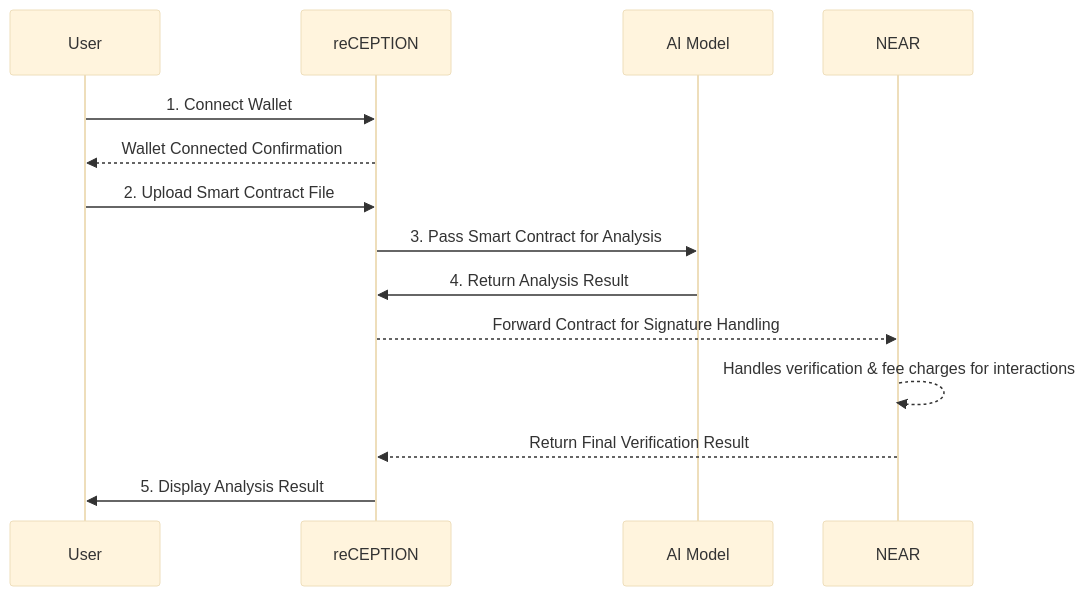
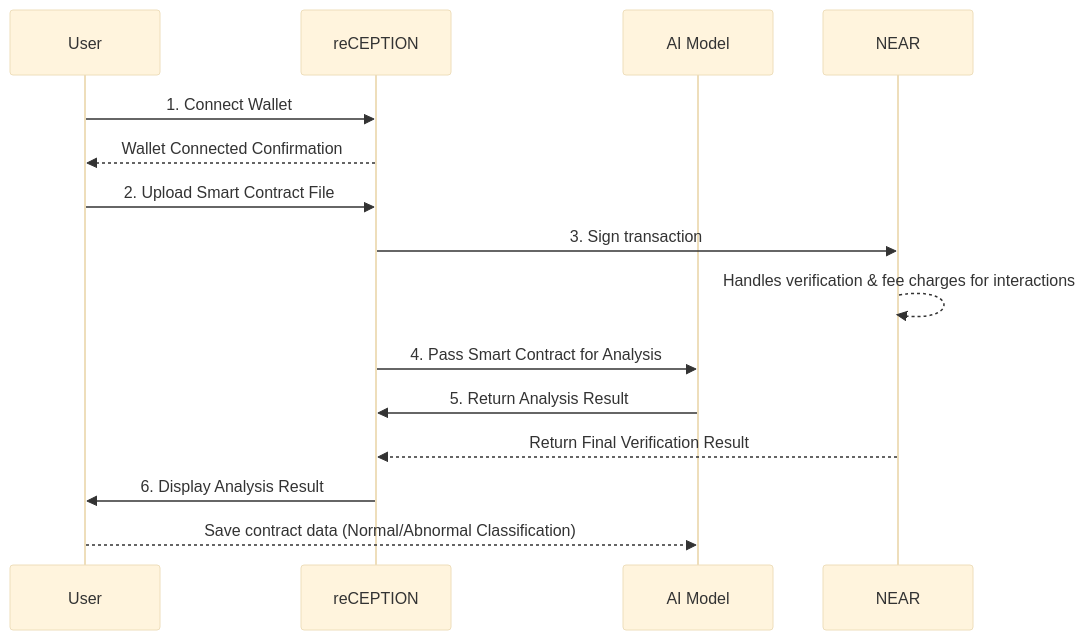
Before and after one commit to Julius-Ky/reCeption: the second of 3 diagrams in README.md, drawn with Mermaid (base theme).

````diff
--- a/README.md
+++ b/README.md
@@ -98,17 +98,18 @@
 ```mermaid
 sequenceDiagram
 participant User
 participant reCEPTION
 participant AI as AI Model
 participant NEAR
 
 User ->> reCEPTION: 1. Connect Wallet
 reCEPTION -->> User: Wallet Connected Confirmation
 User ->> reCEPTION: 2. Upload Smart Contract File
-reCEPTION ->> AI: 3. Pass Smart Contract for Analysis
-AI ->> reCEPTION: 4. Return Analysis Result
-reCEPTION -->> NEAR: Forward Contract for Signature Handling
+reCEPTION ->> NEAR: 3. Sign transaction
 NEAR -->> NEAR: Handles verification & fee charges for interactions
+reCEPTION ->> AI: 4. Pass Smart Contract for Analysis
+AI ->> reCEPTION: 5. Return Analysis Result
 NEAR -->> reCEPTION: Return Final Verification Result
-reCEPTION ->> User: 5. Display Analysis Result
+reCEPTION ->> User: 6. Display Analysis Result
+User -->> AI: Save contract data (Normal/Abnormal Classification)
 ```
````
